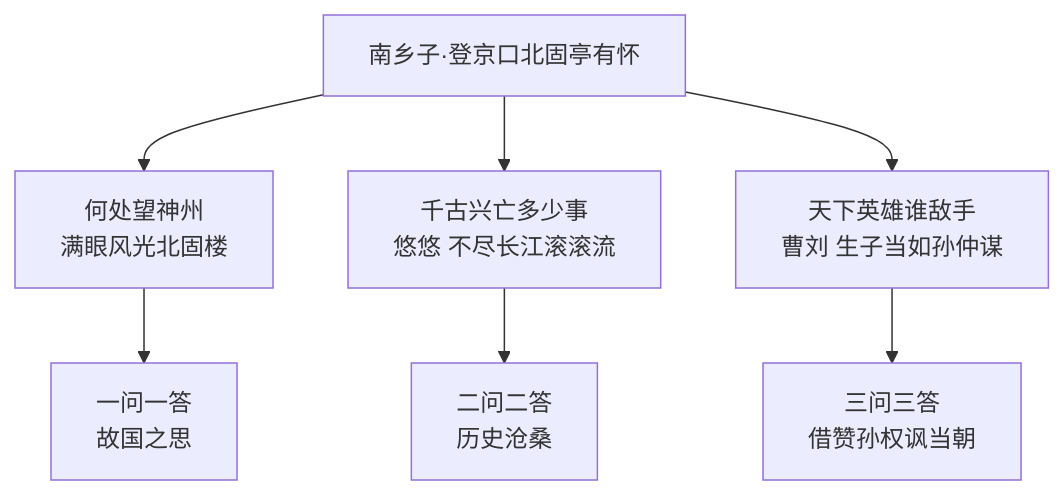
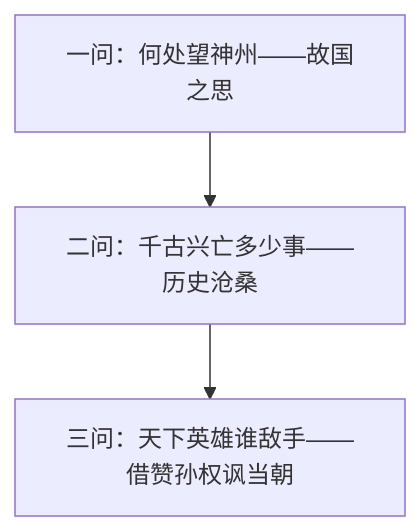
One commit to moirakk/beijing-study-portal changed the fourth of 5 diagrams in content/chinese/grade9-1/ch6/t5/note.md. Above: the diagram before and after it, drawn with Mermaid. The commit also changed other lines of this file and 30 other files, not shown here.

````diff
--- a/content/chinese/grade9-1/ch6/t5/note.md
+++ b/content/chinese/grade9-1/ch6/t5/note.md
@@ -70,9 +54,5 @@
 ```mermaid
 flowchart TD
-    A[南乡子·登京口北固亭有怀] --> B[何处望神州<br/>满眼风光北固楼]
-    B --> C[一问一答<br/>故国之思]
-    A --> D[千古兴亡多少事<br/>悠悠 不尽长江滚滚流]
-    D --> E[二问二答<br/>历史沧桑]
-    A --> F[天下英雄谁敌手<br/>曹刘 生子当如孙仲谋]
-    F --> G[三问三答<br/>借赞孙权讽当朝]
+    A[一问：何处望神州——故国之思] --> B[二问：千古兴亡多少事——历史沧桑]
+    B --> C[三问：天下英雄谁敌手——借赞孙权讽当朝]
 ```
````
